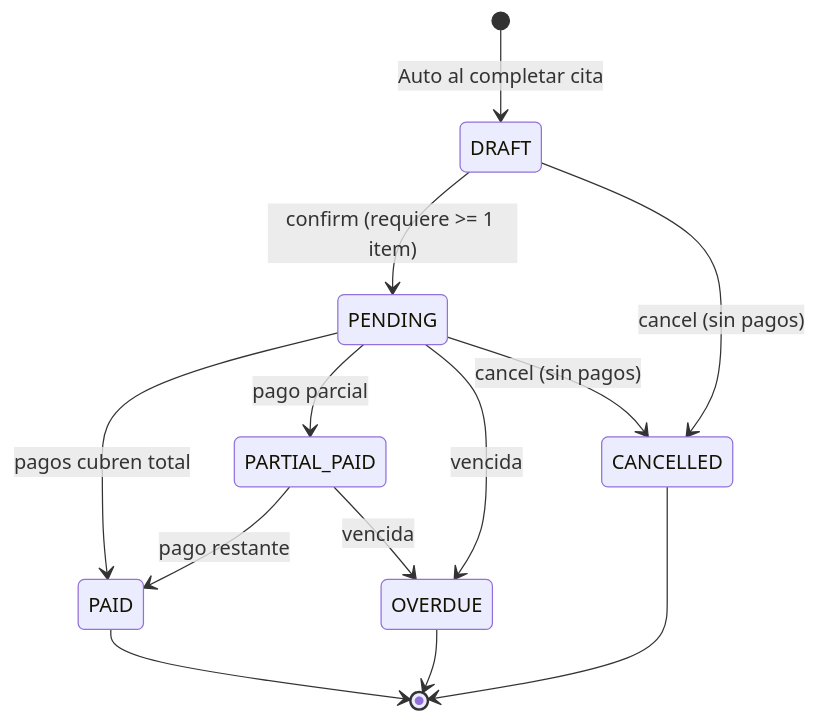
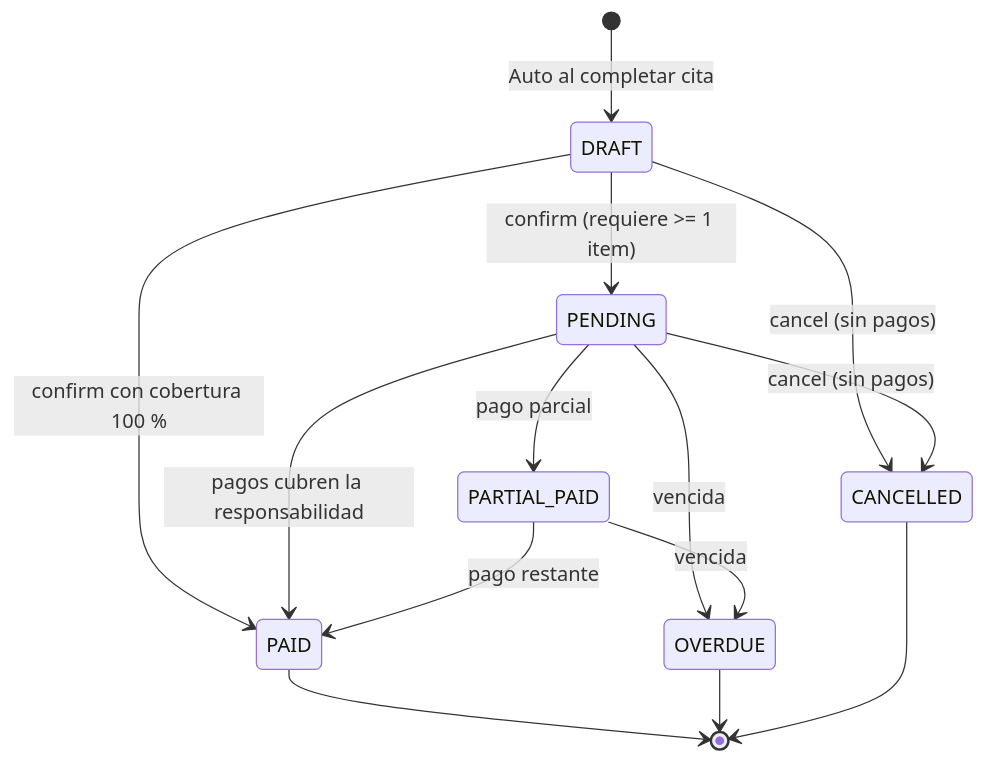
One commit to FepDev25/sistema-facturacion-medica-springboot-react-postgresql changed the fourth of 6 diagrams in backend/README.md. Above: the diagram before and after it, drawn with Mermaid. The commit also changed other lines of this file and 69 other files, not shown here.

````diff
--- a/backend/README.md
+++ b/backend/README.md
@@ -144,15 +144,16 @@
 ```mermaid
 stateDiagram-v2
     [*] --> DRAFT: Auto al completar cita
     DRAFT --> PENDING: confirm (requiere >= 1 item)
+    DRAFT --> PAID: confirm con cobertura 100 %
     DRAFT --> CANCELLED: cancel (sin pagos)
-    PENDING --> PAID: pagos cubren total
+    PENDING --> PAID: pagos cubren la responsabilidad
     PENDING --> PARTIAL_PAID: pago parcial
     PENDING --> OVERDUE: vencida
     PENDING --> CANCELLED: cancel (sin pagos)
     PARTIAL_PAID --> PAID: pago restante
     PARTIAL_PAID --> OVERDUE: vencida
     PAID --> [*]
     OVERDUE --> [*]
     CANCELLED --> [*]
 ```
````
